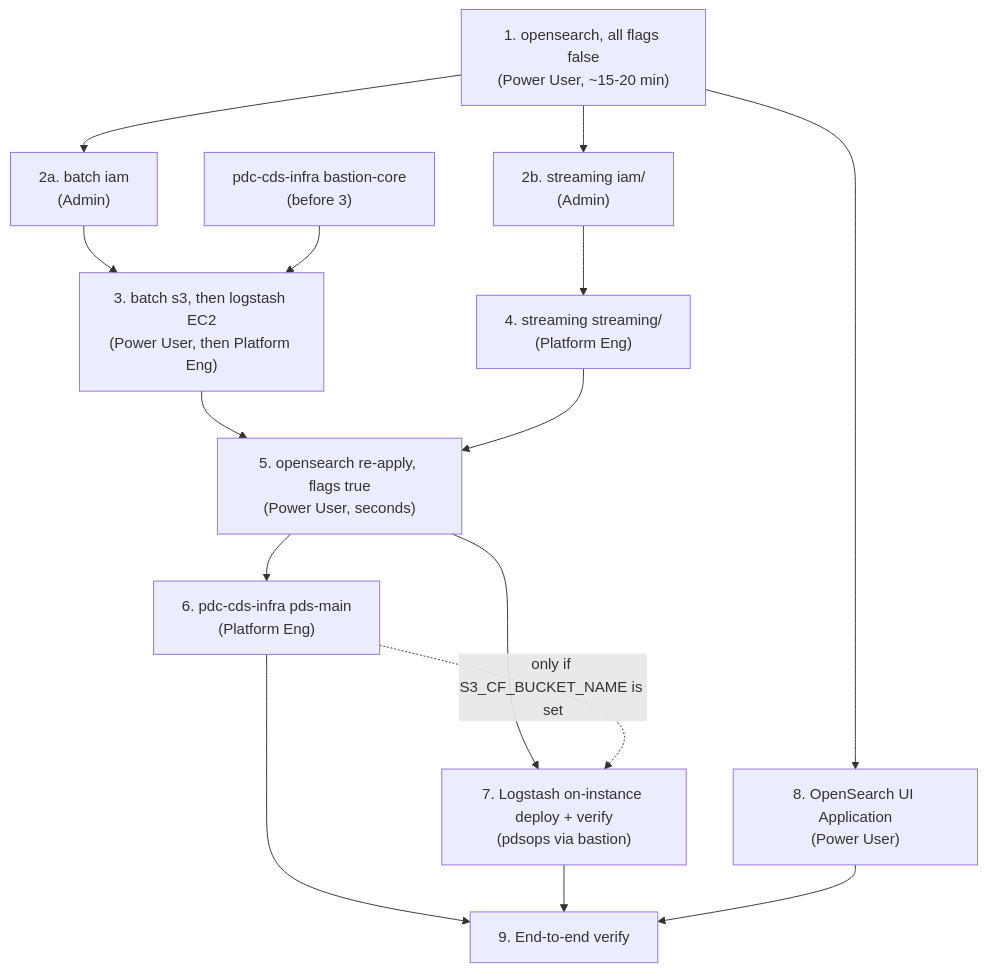
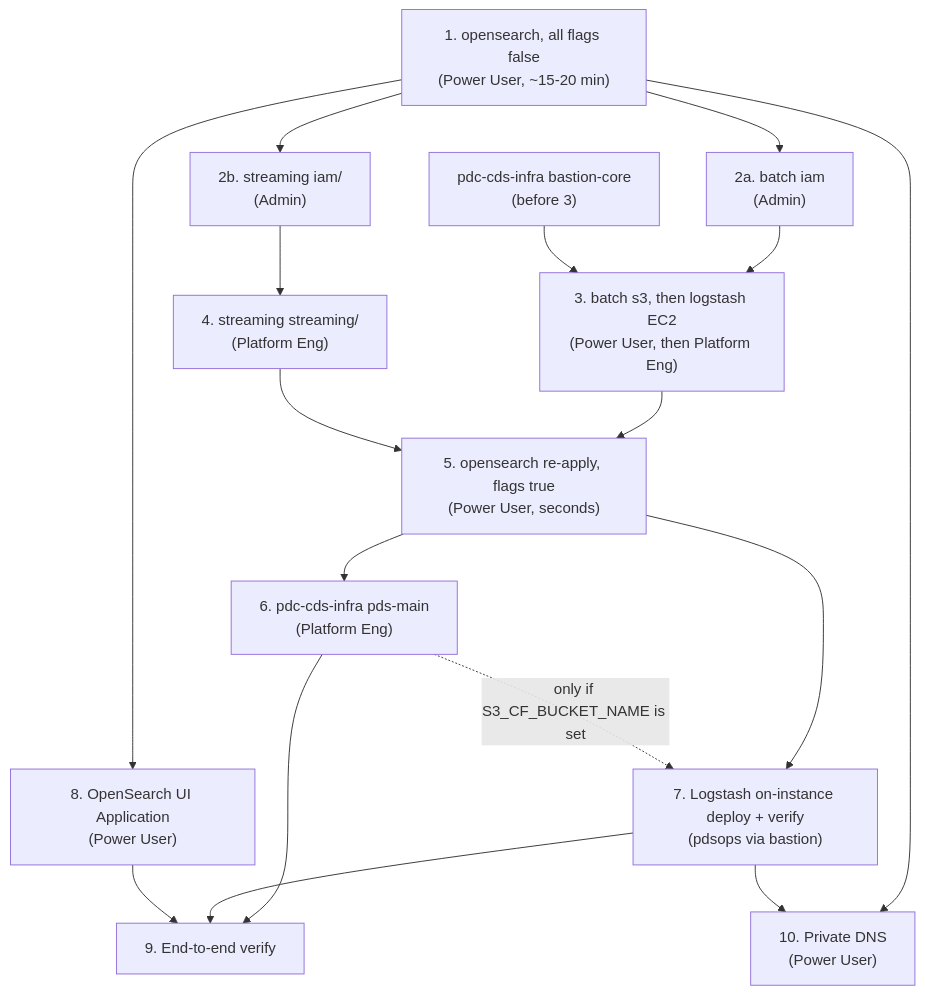
The second of 2 diagrams in terraform/README.md (NASA-PDS/o11y-platform), drawn with Mermaid before and after one commit. The commit also changed other lines of this file and 9 other files, not shown here.

````diff
--- a/terraform/README.md
+++ b/terraform/README.md
@@ -132,28 +134,31 @@
 ```mermaid
 flowchart TD
     P1["1. opensearch, all flags false\n(Power User, ~15-20 min)"]
     P2a["2a. batch iam\n(Admin)"]
     P2b["2b. streaming iam/\n(Admin)"]
     P3["3. batch s3, then logstash EC2\n(Power User, then Platform Eng)"]
     P4["4. streaming streaming/\n(Platform Eng)"]
     P5["5. opensearch re-apply, flags true\n(Power User, seconds)"]
     P6["6. pdc-cds-infra pds-main\n(Platform Eng)"]
     P7["7. Logstash on-instance deploy + verify\n(pdsops via bastion)"]
     P8["8. OpenSearch UI Application\n(Power User)"]
     P9["9. End-to-end verify"]
+    P10["10. Private DNS\n(Power User)"]
     PB["pdc-cds-infra bastion-core\n(before 3)"]
 
     P1 --> P2a & P2b
     P2a --> P3
     PB --> P3
     P2b --> P4
     P3 --> P5
     P4 --> P5
     P5 --> P6
     P5 --> P7
     P6 -.->|"only if S3_CF_BUCKET_NAME is set"| P7
     P1 --> P8
     P6 --> P9
     P7 --> P9
     P8 --> P9
+    P1 --> P10
+    P7 --> P10
 ```
````
